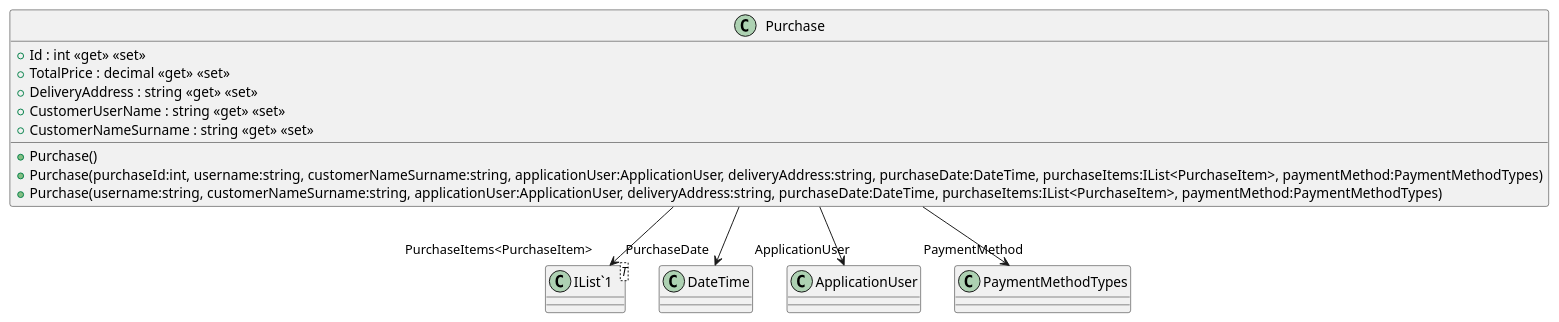
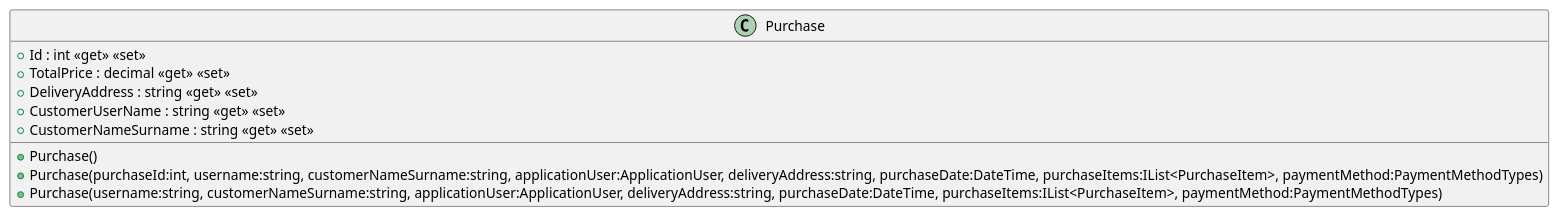
The diagram in src/AppForMovies.API/ClassDiagram/Purchase.puml (Ingenieria-del-Software-II-ESIIAB/AppForMovies), drawn with PlantUML before and after one commit. The commit also changed 23 other files, not shown here.

First line of the commit message:
Diagrams and warnings (#66)

```diff
--- a/src/AppForMovies.API/ClassDiagram/Purchase.puml
+++ b/src/AppForMovies.API/ClassDiagram/Purchase.puml
@@ -1,18 +1,14 @@
 @startuml
 class Purchase {
     + Purchase()
     + Purchase(purchaseId:int, username:string, customerNameSurname:string, applicationUser:ApplicationUser, deliveryAddress:string, purchaseDate:DateTime, purchaseItems:IList<PurchaseItem>, paymentMethod:PaymentMethodTypes)
     + Purchase(username:string, customerNameSurname:string, applicationUser:ApplicationUser, deliveryAddress:string, purchaseDate:DateTime, purchaseItems:IList<PurchaseItem>, paymentMethod:PaymentMethodTypes)
     + Id : int <<get>> <<set>>
     + TotalPrice : decimal <<get>> <<set>>
     + DeliveryAddress : string <<get>> <<set>>
     + CustomerUserName : string <<get>> <<set>>
     + CustomerNameSurname : string <<get>> <<set>>
 }
-class "IList`1"<T> {
-}
-Purchase --> "PurchaseDate" DateTime
-Purchase --> "ApplicationUser" ApplicationUser
-Purchase --> "PurchaseItems<PurchaseItem>" "IList`1"
-Purchase --> "PaymentMethod" PaymentMethodTypes
+
+
 @enduml
```
